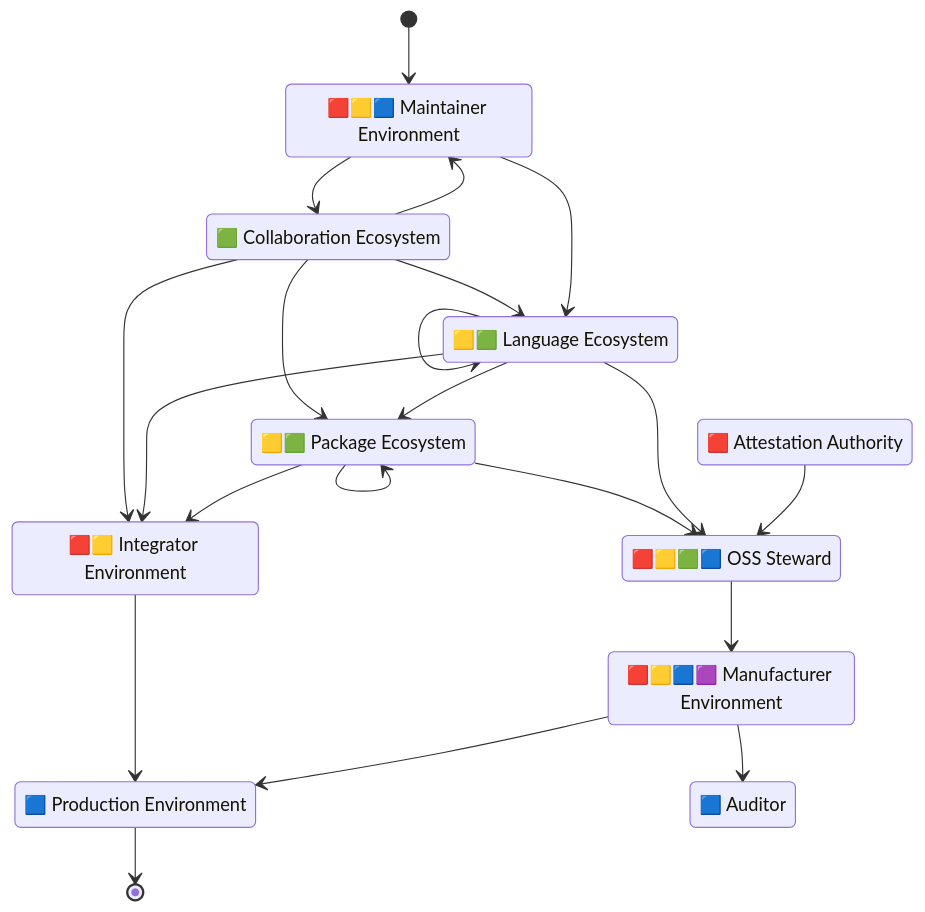
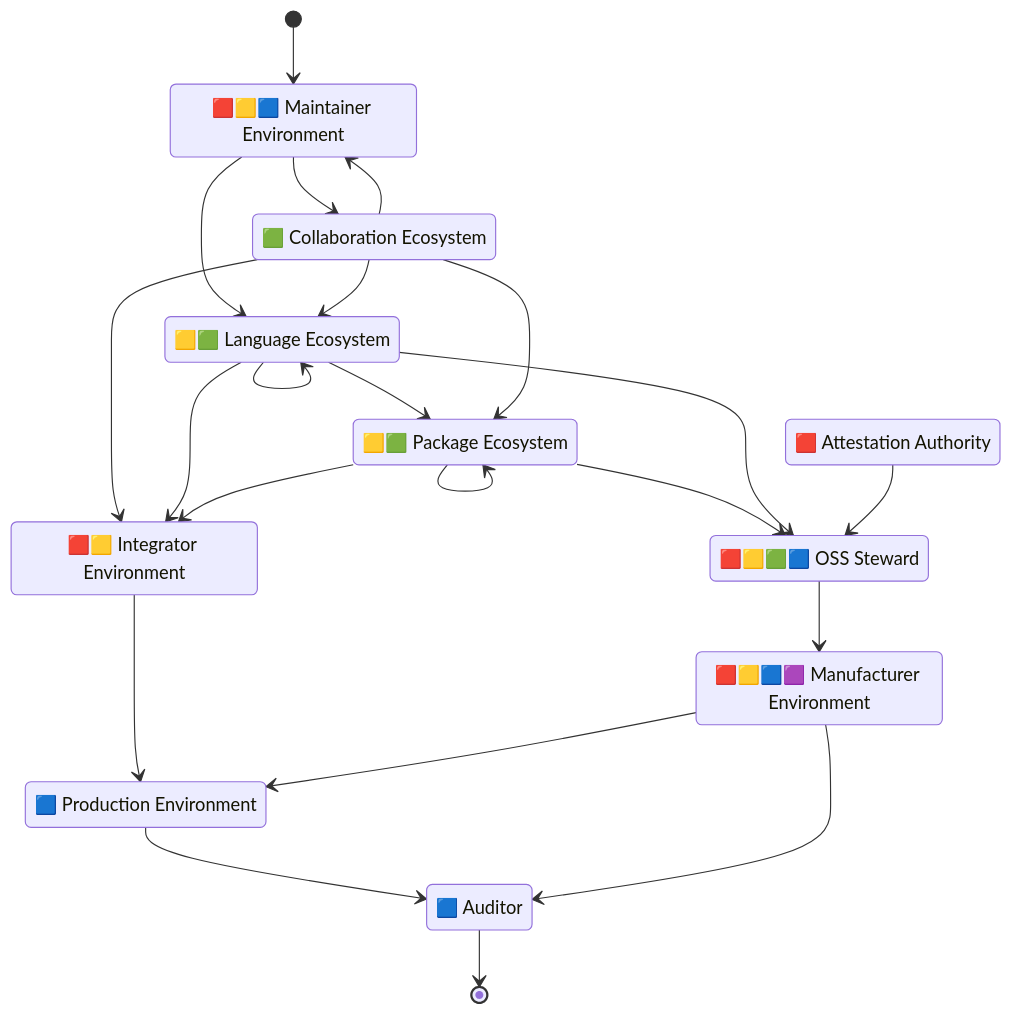
One commit to CPAN-Security/security.metacpan.org changed the first of 2 diagrams in docs/supplychain-sbom.md. Above: the diagram before and after it, drawn with Mermaid. The commit also changed other lines of this file, not shown here.

Commit message:
Add (commented) network_distributor role to graph. Other minor fixes

````diff
--- a/docs/supplychain-sbom.md
+++ b/docs/supplychain-sbom.md
@@ -21,44 +21,46 @@
 ```mermaid
 stateDiagram-v2
     direction TB
 
     state "🟥🟨🟦 Maintainer Environment" as environment_maintainer
     state "🟩 Collaboration Ecosystem" as ecosystem_repo
     state "🟨🟩 Language Ecosystem" as ecosystem_lang
     state "🟨🟩 Package Ecosystem" as ecosystem_package
     state "🟥 Attestation Authority" as authority_attestation
     state "🟥🟨🟩🟦 OSS Steward" as ecosystem_steward
-    %%state "🟩 Content Delivery Network" as network_delivery
+    %%state "🟩 Delivery Network" as network_distributor
     state "🟥🟨 Integrator Environment" as environment_integrator
     state "🟥🟨🟦🟪 Manufacturer Environment" as environment_manufacturer
     state "🟦 Production Environment" as environment_prod
     state "🟦 Auditor" as authority_auditor
 
     [*]                      --> environment_maintainer
     ecosystem_repo           --> environment_maintainer
-    %%environment_maintainer   --> network_delivery
-    ecosystem_repo           --> ecosystem_lang
+    environment_maintainer   --> ecosystem_repo
     environment_maintainer   --> ecosystem_lang
     ecosystem_lang           --> ecosystem_lang
-    environment_maintainer   --> ecosystem_repo
-    %%ecosystem_lang           --> network_delivery
+    ecosystem_repo           --> ecosystem_lang
+    %%environment_maintainer   --> network_distributor
+    %%ecosystem_lang           --> network_distributor
+    %%ecosystem_package        --> network_distributor
+    ecosystem_lang           --> ecosystem_package
     ecosystem_repo           --> ecosystem_package
-    ecosystem_lang           --> ecosystem_package
     ecosystem_package        --> ecosystem_package
-    %%ecosystem_package        --> network_delivery
-    %%network_delivery         --> environment_integrator
     ecosystem_package        --> ecosystem_steward
     ecosystem_lang           --> ecosystem_steward
     authority_attestation    --> ecosystem_steward
     ecosystem_repo           --> environment_integrator
     ecosystem_lang           --> environment_integrator
+    %%network_distributor      --> environment_integrator
     ecosystem_package        --> environment_integrator
+    %%network_distributor      --> environment_manufacturer
     ecosystem_steward        --> environment_manufacturer
     environment_integrator   --> environment_prod
     environment_manufacturer --> environment_prod
+    environment_prod         --> authority_auditor
     environment_manufacturer --> authority_auditor
-    environment_prod         --> [*]
+    authority_auditor        --> [*]
 
     %% Copyright © 2024 Salve J. Nilsen <sjn@oslo.pm>
     %% Some rights reserved. Licenced CC-BY-SA-4.0
 ```
````
